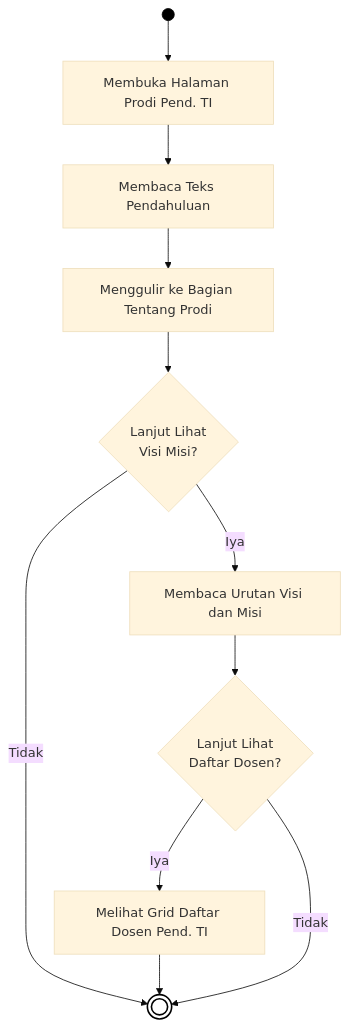
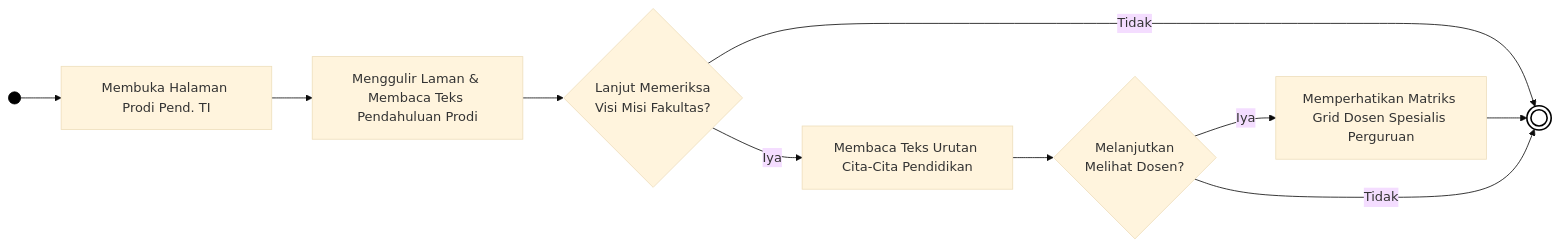
Before and after one commit to arbain-dev/Web_fikom: the eighth of 12 diagrams in docs/01B_DIAGRAM_AKTIVITAS_PUBLIK.md, drawn with Mermaid (base theme). The commit also changed other lines of this file, not shown here.

Commit message:
docs: merombak seluruh orientasi diagram aktivitas menjadi horizontal (LR) serta fan-out agar mengular ke samping alih-alih memanjang tajam ke bawah

````diff
--- a/docs/01B_DIAGRAM_AKTIVITAS_PUBLIK.md
+++ b/docs/01B_DIAGRAM_AKTIVITAS_PUBLIK.md
@@ -231,21 +204,20 @@
 ```mermaid
-flowchart TD
+flowchart LR
     Start(( )) --> A[Membuka Halaman Prodi Pend. TI]
     
-    A --> B[Membaca Teks Pendahuluan]
-    B --> C[Menggulir ke Bagian Tentang Prodi]
-    C --> D{Lanjut Lihat\nVisi Misi?}
+    A --> B[Menggulir Laman & Membaca Teks Pendahuluan Prodi]
+    B --> C{Lanjut Memeriksa\nVisi Misi Fakultas?}
     
-    D -- Iya --> E[Membaca Urutan Visi dan Misi]
-    E --> F{Lanjut Lihat\nDaftar Dosen?}
+    C -- Iya --> D[Membaca Teks Urutan Cita-Cita Pendidikan]
+    D --> E{Melanjutkan\nMelihat Dosen?}
     
-    D -- Tidak --> End((( )))
+    C -- Tidak --> End((( )))
     
-    F -- Iya --> G[Melihat Grid Daftar Dosen Pend. TI]
+    E -- Iya --> G[Memperhatikan Matriks Grid Dosen Spesialis Perguruan]
     G --> End
     
-    F -- Tidak --> End
+    E -- Tidak --> End
     
     style Start fill:#000,stroke:#000,color:#000
     style End fill:#fff,stroke:#000,stroke-width:2px
 ```
````
